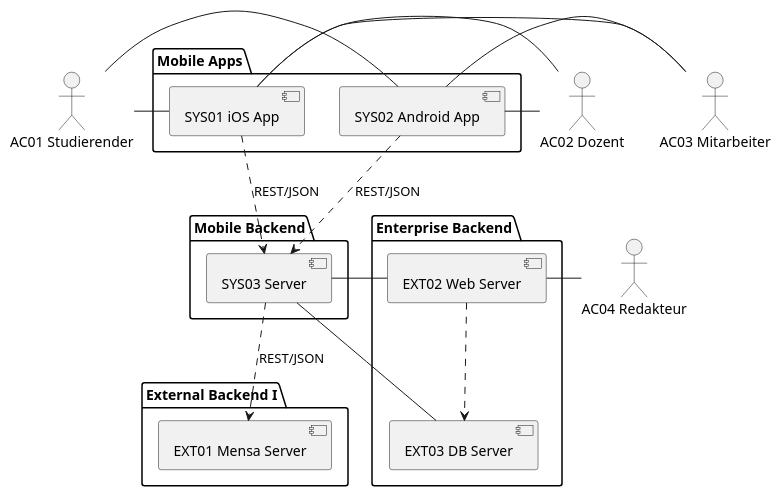
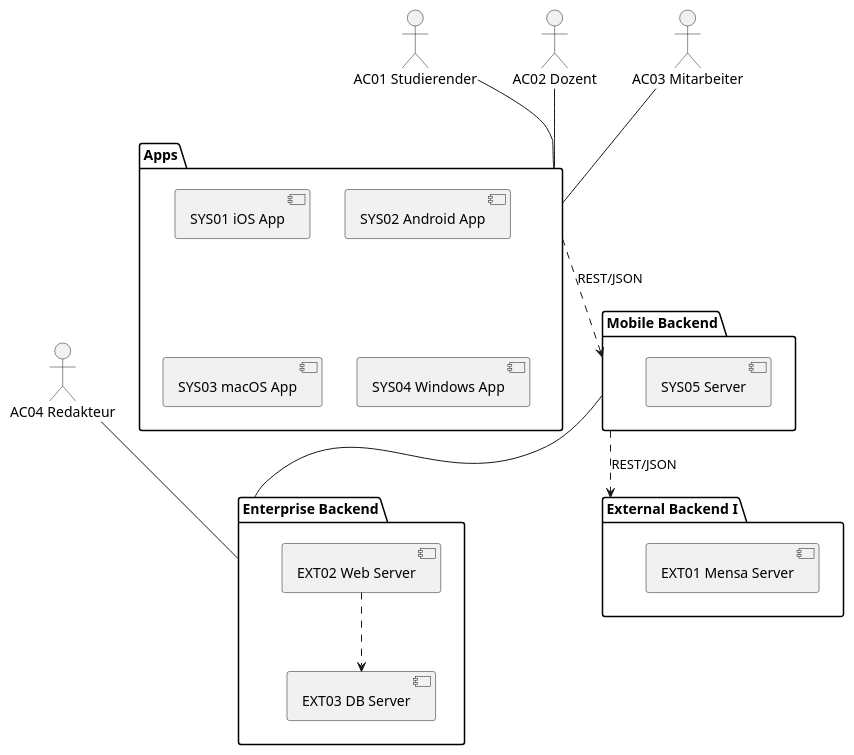
Before and after one commit to RobinNunkesser/plantuml: the diagram in Kontext.pu, drawn with PlantUML. The commit also changed 1 other file, not shown here.

```diff
--- a/Kontext.pu
+++ b/Kontext.pu
@@ -1,40 +1,37 @@
 @startuml
 
 actor :AC01 Studierender: as AC01
 actor :AC02 Dozent: as AC02
 actor :AC03 Mitarbeiter: as AC03
 actor :AC04 Redakteur: as AC04
 
-package "Enterprise Backend" {
+package "Enterprise Backend" as PAC04 {
   component [EXT02 Web Server] as SYS01 
   component [EXT03 DB Server] as SYS02
 }
 
-package "Mobile Apps" {
+package "Apps" as PAC01 {
   component [SYS01 iOS App] as SYS03
   component [SYS02 Android App] as SYS04
+  component [SYS03 macOS App] as SYS07
+  component [SYS04 Windows App] as SYS08
 }
 
-package "Mobile Backend" {
-  component [SYS03 Server] as SYS05
+package "Mobile Backend" as PAC02 {
+  component [SYS05 Server] as SYS05
 }
 
-package "External Backend I" {
+package "External Backend I" as PAC03 {
   component [EXT01 Mensa Server] as SYS06
 }
  
-AC01 - SYS03
-AC01 - SYS04
-AC02 - SYS03
-AC02 - SYS04
-AC03 - SYS03
-AC03 - SYS04
-AC04 - SYS01
-SYS03 ..> SYS05 : REST/JSON
-SYS04 ..> SYS05 : REST/JSON
-SYS05 ..> SYS06 : REST/JSON
-SYS05 - SYS01
-SYS05 - SYS02
+AC01 -- PAC01
+AC02 -- PAC01
+AC03 -- PAC01
+AC04 -- PAC04
+PAC01 ..> PAC02 : REST/JSON
+PAC02 ..> PAC03 : REST/JSON
+PAC02 -- PAC04
 SYS01 ..> SYS02
 
 @enduml
```
